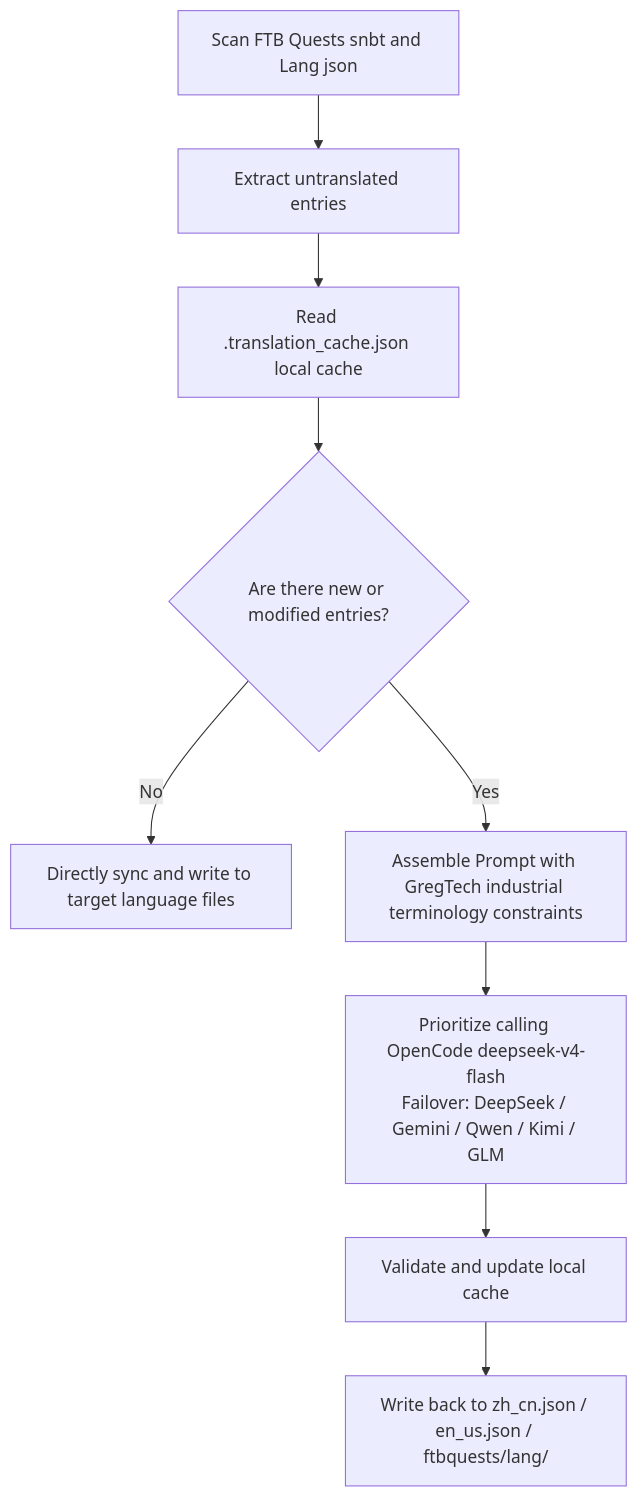
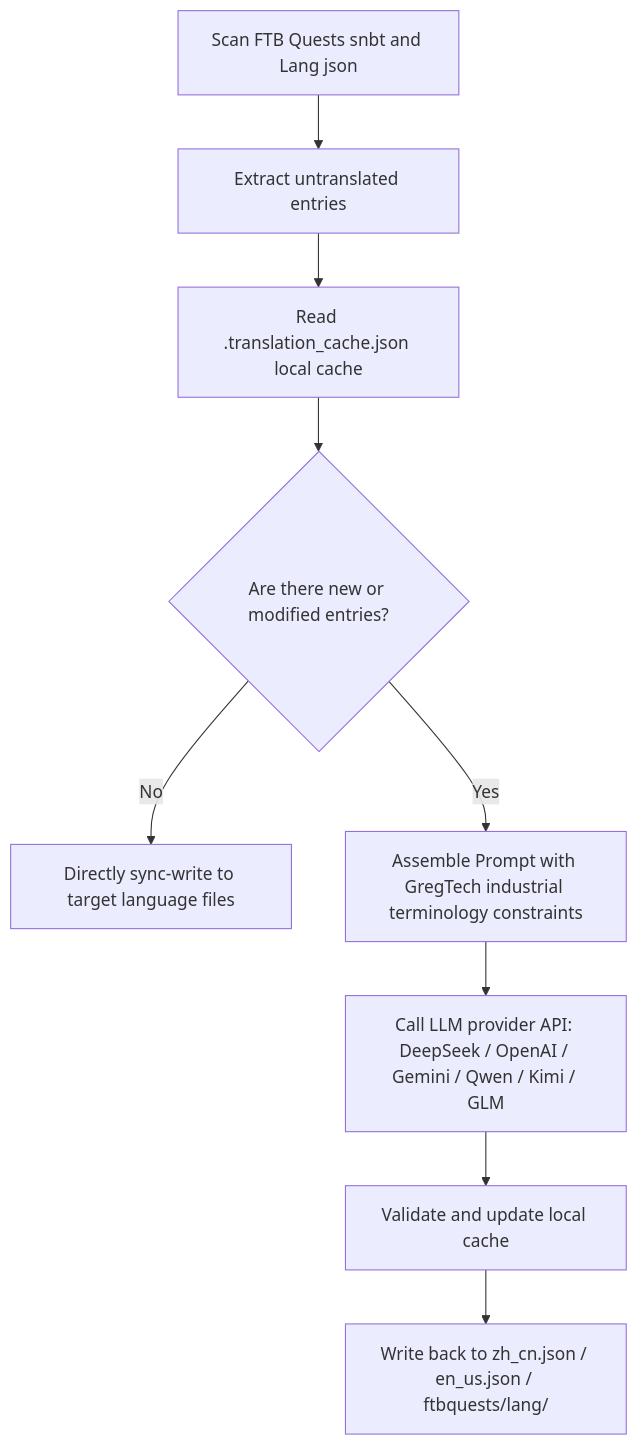
Before and after one commit to takanashisatou/GregtechEasy: the diagram in docs/en/ci-cd-and-translation/ai-translation.md, drawn with Mermaid. The commit also changed other lines of this file and 144 other files, not shown here.

````diff
--- a/docs/en/ci-cd-and-translation/ai-translation.md
+++ b/docs/en/ci-cd-and-translation/ai-translation.md
@@ -27,11 +13,11 @@
 ```mermaid
 graph TD
     A[Scan FTB Quests snbt and Lang json] --> B[Extract untranslated entries]
     B --> C[Read .translation_cache.json local cache]
     C --> D{Are there new or modified entries?}
-    D -- No --> E[Directly sync and write to target language files]
+    D -- No --> E[Directly sync-write to target language files]
     D -- Yes --> F[Assemble Prompt with GregTech industrial terminology constraints]
-    F --> G["Prioritize calling OpenCode deepseek-v4-flash<br/>Failover: DeepSeek / Gemini / Qwen / Kimi / GLM"]
+    F --> G[Call LLM provider API: DeepSeek / OpenAI / Gemini / Qwen / Kimi / GLM]
     G --> H[Validate and update local cache]
     H --> I[Write back to zh_cn.json / en_us.json / ftbquests/lang/]
 ```
````
